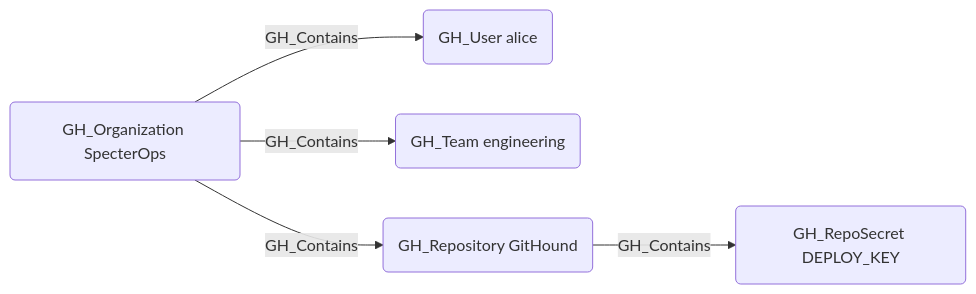
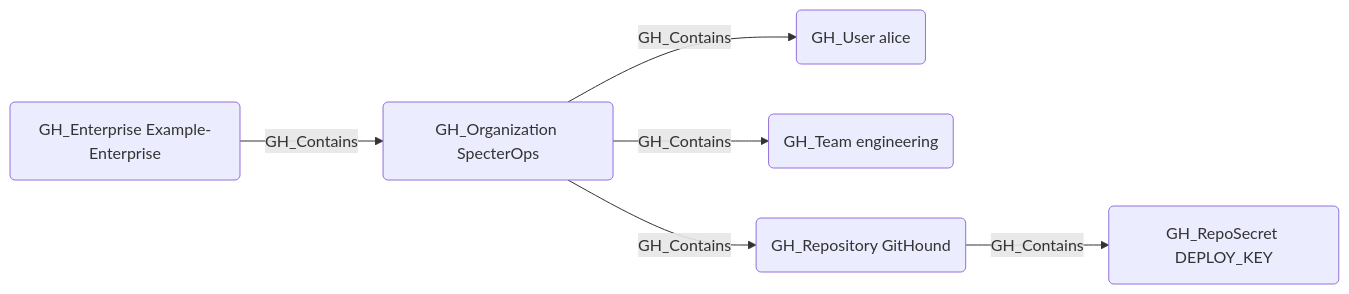
Before and after one commit to SpecterOps/GitHound: the diagram in Documentation/EdgeDescriptions/GH_Contains.md, drawn with Mermaid. The commit also changed other lines of this file and 7 other files, not shown here.

First line of the commit message:
Add enterprise node foundation and document enterprise-aware sessions

````diff
--- a/Documentation/EdgeDescriptions/GH_Contains.md
+++ b/Documentation/EdgeDescriptions/GH_Contains.md
@@ -12,12 +12,14 @@
 ```mermaid
 graph LR
+    ent("GH_Enterprise Example-Enterprise")
     node1("GH_Organization SpecterOps")
     node2("GH_User alice")
     node3("GH_Team engineering")
     node4("GH_Repository GitHound")
     node5("GH_RepoSecret DEPLOY_KEY")
+    ent -- GH_Contains --> node1
     node1 -- GH_Contains --> node2
     node1 -- GH_Contains --> node3
     node1 -- GH_Contains --> node4
     node4 -- GH_Contains --> node5
 ```
````
